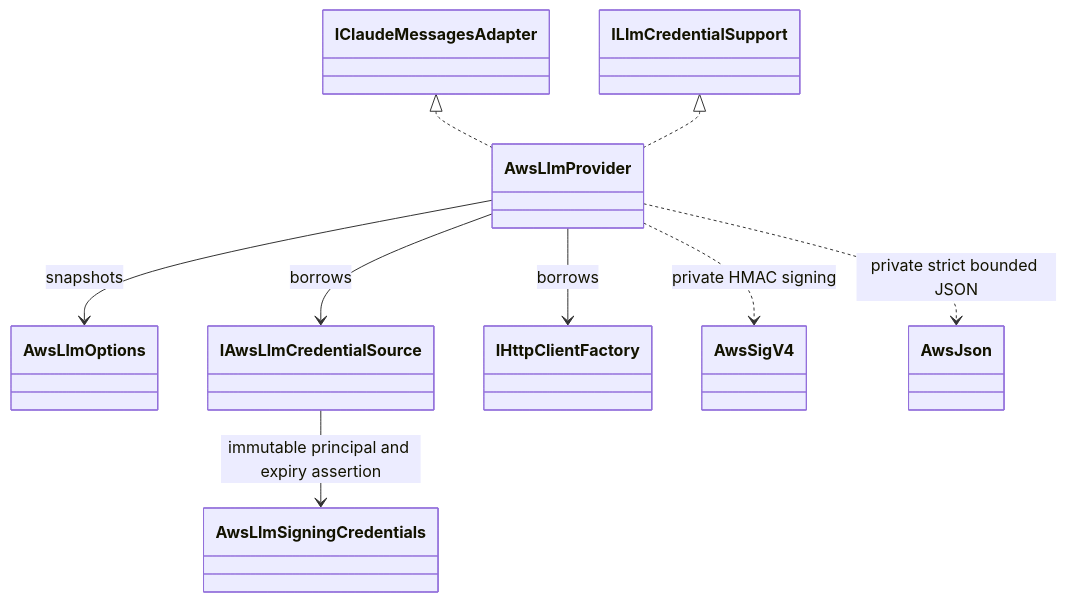
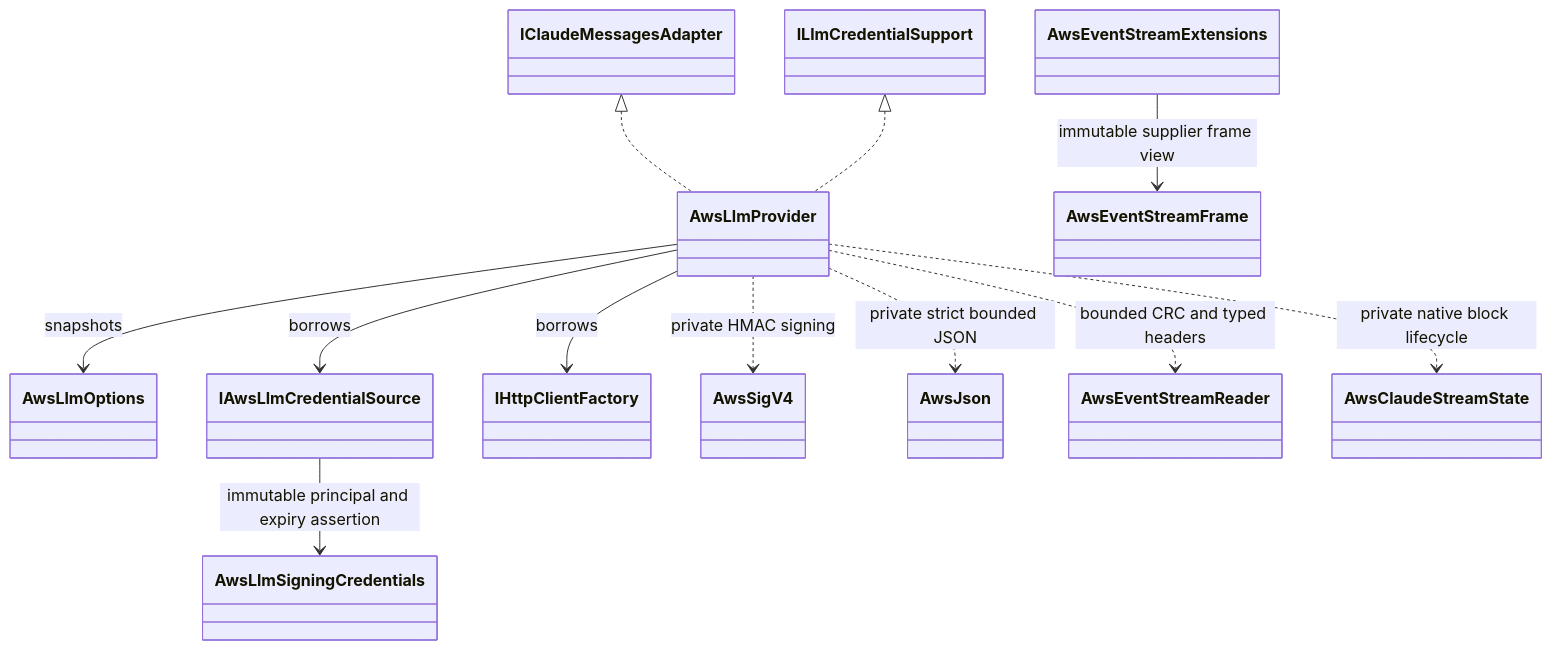
One commit to BenLampson/Asgard.Loki changed diagram 39 of 39 in docs/architecture.md. Above: the diagram before and after it, drawn with Mermaid. The commit also changed other lines of this file and 30 other files, not shown here.

Commit message:
feat(llm): add native Bedrock Claude binary EventStream

````diff
--- a/docs/architecture.md
+++ b/docs/architecture.md
@@ -1105,11 +1105,14 @@
 ```mermaid
 classDiagram
 IClaudeMessagesAdapter <|.. AwsLlmProvider
 ILlmCredentialSupport <|.. AwsLlmProvider
 AwsLlmProvider --> AwsLlmOptions : snapshots
 AwsLlmProvider --> IAwsLlmCredentialSource : borrows
 IAwsLlmCredentialSource --> AwsLlmSigningCredentials : immutable principal and expiry assertion
 AwsLlmProvider --> IHttpClientFactory : borrows
 AwsLlmProvider ..> AwsSigV4 : private HMAC signing
 AwsLlmProvider ..> AwsJson : private strict bounded JSON
+AwsLlmProvider ..> AwsEventStreamReader : bounded CRC and typed headers
+AwsLlmProvider ..> AwsClaudeStreamState : private native block lifecycle
+AwsEventStreamExtensions --> AwsEventStreamFrame : immutable supplier frame view
 ```
````
